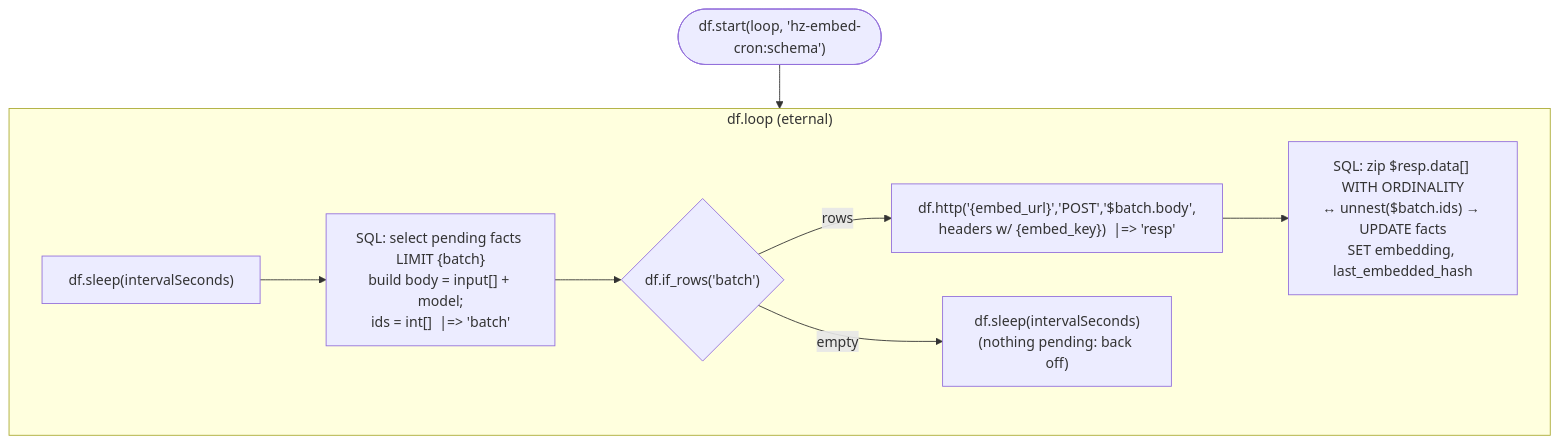
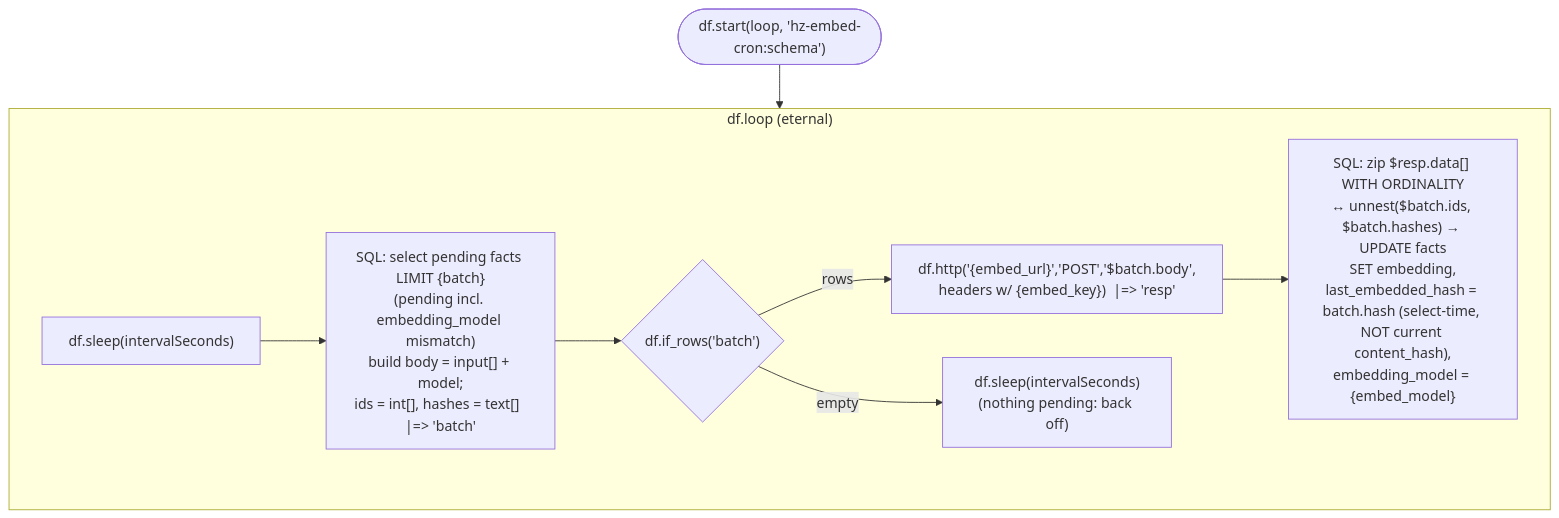
The fifth of 11 diagrams in docs/proposals/enhancedfactstore/03-design.md (affandar/PilotSwarm), drawn with Mermaid before and after one commit. The commit also changed other lines of this file and 9 other files, not shown here.

````diff
--- a/docs/proposals/enhancedfactstore/03-design.md
+++ b/docs/proposals/enhancedfactstore/03-design.md
@@ -203,15 +259,15 @@
 ```mermaid
 flowchart TB
   S(["df.start(loop, 'hz-embed-cron:schema')"]) --> L
   subgraph L["df.loop (eternal)"]
     SL["df.sleep(intervalSeconds)"]
-    Q["SQL: select pending facts LIMIT {batch}<br/>build body = input[] + model;<br/>ids = int[]  |=> 'batch'"]
+    Q["SQL: select pending facts LIMIT {batch}<br/>(pending incl. embedding_model mismatch)<br/>build body = input[] + model;<br/>ids = int[], hashes = text[]  |=> 'batch'"]
     IF{"df.if_rows('batch')"}
     H["df.http('{embed_url}','POST','$batch.body',<br/>headers w/ {embed_key})  |=> 'resp'"]
-    U["SQL: zip $resp.data[] WITH ORDINALITY<br/>↔ unnest($batch.ids) → UPDATE facts<br/>SET embedding, last_embedded_hash"]
+    U["SQL: zip $resp.data[] WITH ORDINALITY<br/>↔ unnest($batch.ids, $batch.hashes) → UPDATE facts<br/>SET embedding,<br/>last_embedded_hash = batch.hash (select-time, NOT current content_hash),<br/>embedding_model = {embed_model}"]
     BK["df.sleep(intervalSeconds)<br/>(nothing pending: back off)"]
     SL --> Q --> IF
     IF -- rows --> H --> U
     IF -- empty --> BK
   end
 ```
````
